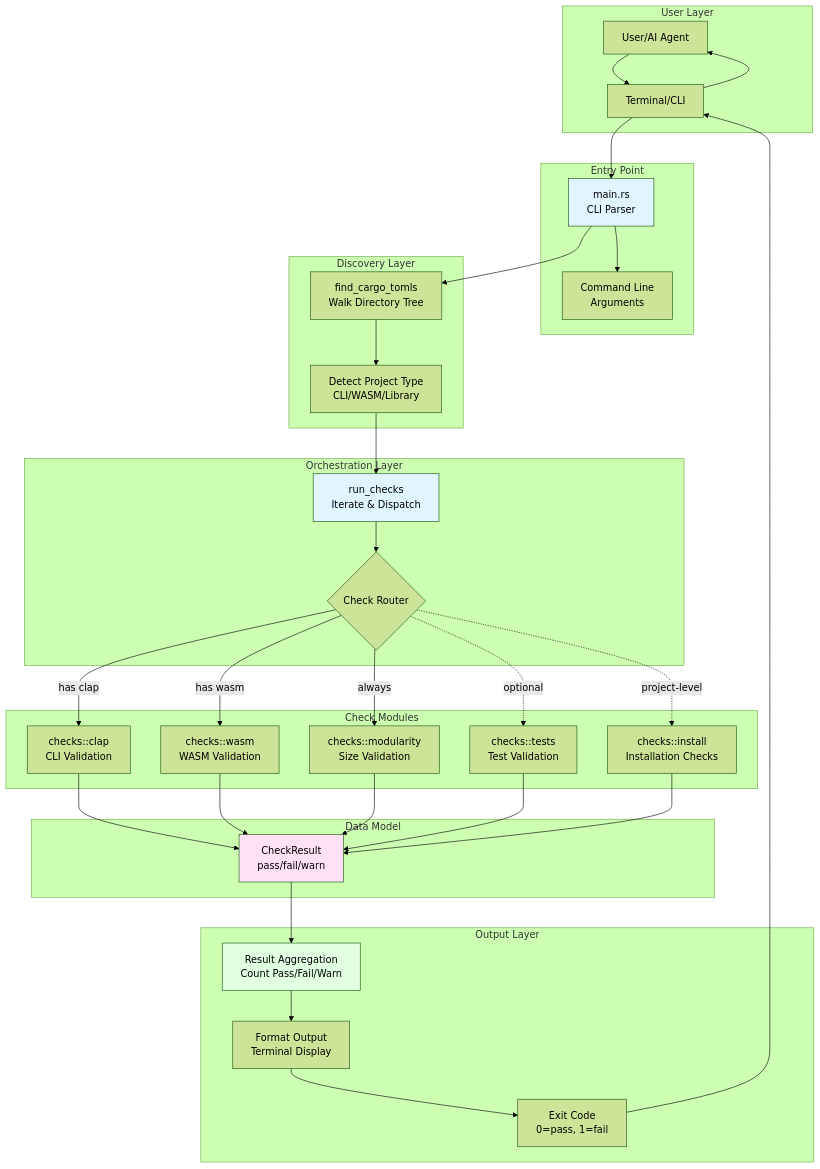
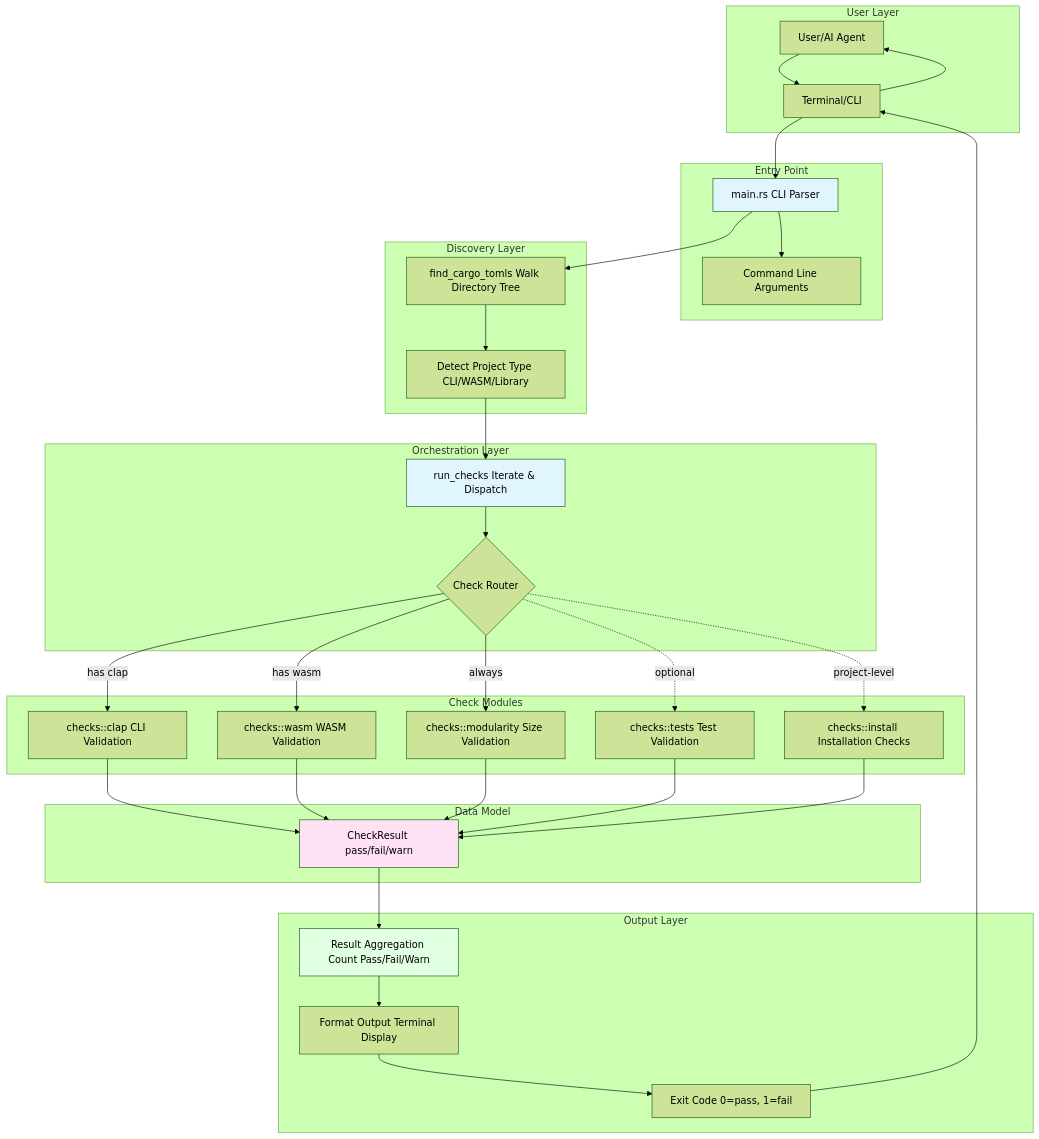
One commit to softwarewrighter/sw-checklist changed the first of 7 diagrams in wiki/Architecture-Overview.md. Above: the diagram before and after it, drawn with Mermaid (forest theme). The commit also changed other lines of this file and 7 other files, not shown here.

````diff
--- a/wiki/Architecture-Overview.md
+++ b/wiki/Architecture-Overview.md
@@ -7,71 +7,71 @@
 ```mermaid
 graph TB
     subgraph "User Layer"
         User[User/AI Agent]
         Terminal[Terminal/CLI]
     end
 
     subgraph "Entry Point"
-        Main[main.rs<br/>CLI Parser]
-        Args[Command Line<br/>Arguments]
+        Main[main.rs CLI Parser]
+        Args[Command Line Arguments]
     end
 
     subgraph "Discovery Layer"
-        FindCargo[find_cargo_tomls<br/>Walk Directory Tree]
-        DetectType[Detect Project Type<br/>CLI/WASM/Library]
+        FindCargo[find_cargo_tomls Walk Directory Tree]
+        DetectType[Detect Project Type CLI/WASM/Library]
     end
 
     subgraph "Orchestration Layer"
-        RunChecks[run_checks<br/>Iterate & Dispatch]
+        RunChecks[run_checks Iterate & Dispatch]
         CheckRouter{Check Router}
     end
 
     subgraph "Check Modules"
-        ClapMod[checks::clap<br/>CLI Validation]
-        WASMMod[checks::wasm<br/>WASM Validation]
-        ModMod[checks::modularity<br/>Size Validation]
-        TestMod[checks::tests<br/>Test Validation]
-        InstallMod[checks::install<br/>Installation Checks]
+        ClapMod[checks::clap CLI Validation]
+        WASMMod[checks::wasm WASM Validation]
+        ModMod[checks::modularity Size Validation]
+        TestMod[checks::tests Test Validation]
+        InstallMod[checks::install Installation Checks]
     end
 
     subgraph "Data Model"
-        CheckResult[CheckResult<br/>pass/fail/warn]
+        CheckResult[CheckResult pass/fail/warn]
     end
 
     subgraph "Output Layer"
-        Aggregate[Result Aggregation<br/>Count Pass/Fail/Warn]
-        Format[Format Output<br/>Terminal Display]
-        Exit[Exit Code<br/>0=pass, 1=fail]
+        Aggregate[Result Aggregation Count Pass/Fail/Warn]
+        Format[Format Output Terminal Display]
+        Exit[Exit Code 0=pass, 1=fail]
     end
 
     User --> Terminal
     Terminal --> Main
     Main --> Args
     Main --> FindCargo
     FindCargo --> DetectType
     DetectType --> RunChecks
     RunChecks --> CheckRouter
 
     CheckRouter -->|has clap| ClapMod
     CheckRouter -->|has wasm| WASMMod
     CheckRouter -->|always| ModMod
     CheckRouter -.->|optional| TestMod
     CheckRouter -.->|project-level| InstallMod
 
     ClapMod --> CheckResult
     WASMMod --> CheckResult
     ModMod --> CheckResult
     TestMod --> CheckResult
     InstallMod --> CheckResult
 
     CheckResult --> Aggregate
     Aggregate --> Format
     Format --> Exit
     Exit --> Terminal
     Terminal --> User
 
     style Main fill:#e1f5ff
     style RunChecks fill:#e1f5ff
     style CheckResult fill:#ffe1f5
     style Aggregate fill:#e1ffe1
 ```
````
